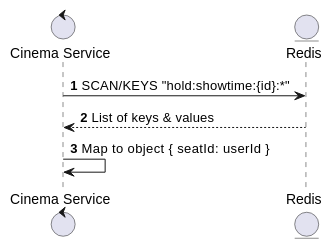
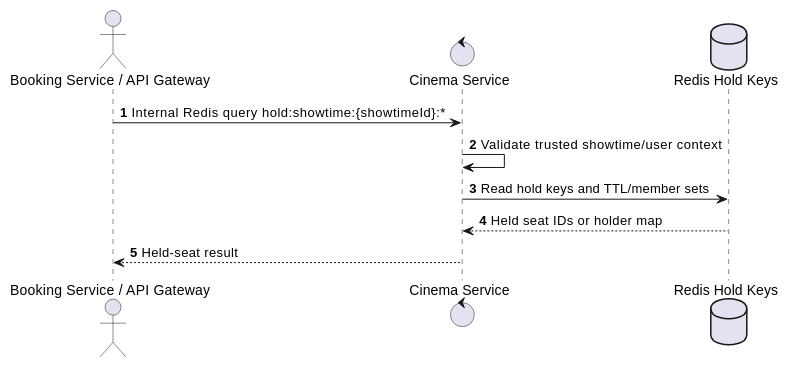
Before and after one commit to Tanh1603/movie-hub-architecture: the first of 2 diagrams in docs/functional_specs/3.5.3_Real-time_Seat_Selection/RT-05_Get_All_Held_Seats.md, drawn with PlantUML. The commit also changed other lines of this file and 126 other files, not shown here.

````diff
--- a/docs/functional_specs/3.5.3_Real-time_Seat_Selection/RT-05_Get_All_Held_Seats.md
+++ b/docs/functional_specs/3.5.3_Real-time_Seat_Selection/RT-05_Get_All_Held_Seats.md
@@ -17,11 +17,14 @@
 ```plantuml
 @startuml
 autonumber
-control "Cinema Service" as CS
-entity "Redis" as R
+actor "Booking Service / API Gateway" as Actor
+control "Cinema Service" as SVC
+database "Redis Hold Keys" as Hold
 
-CS -> R: SCAN/KEYS "hold:showtime:{id}:*"
-R --> CS: List of keys & values
-CS -> CS: Map to object { seatId: userId }
+Actor -> SVC: Internal Redis query hold:showtime:{showtimeId}:*
+SVC -> SVC: Validate trusted showtime/user context
+SVC -> Hold: Read hold keys and TTL/member sets
+Hold --> SVC: Held seat IDs or holder map
+SVC --> Actor: Held-seat result
 @enduml
 ```
````
